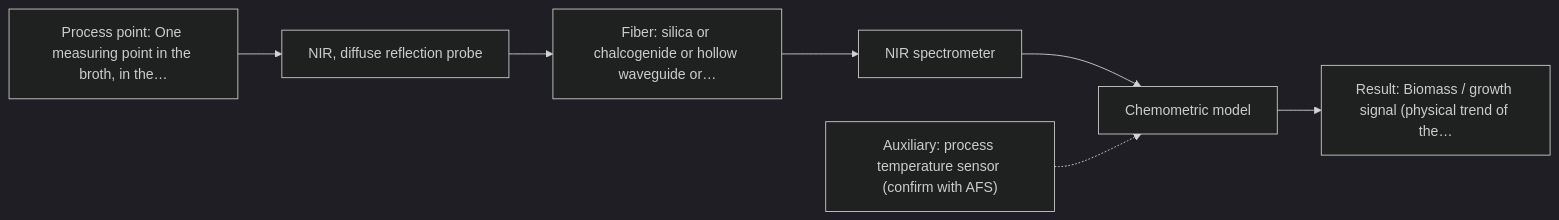
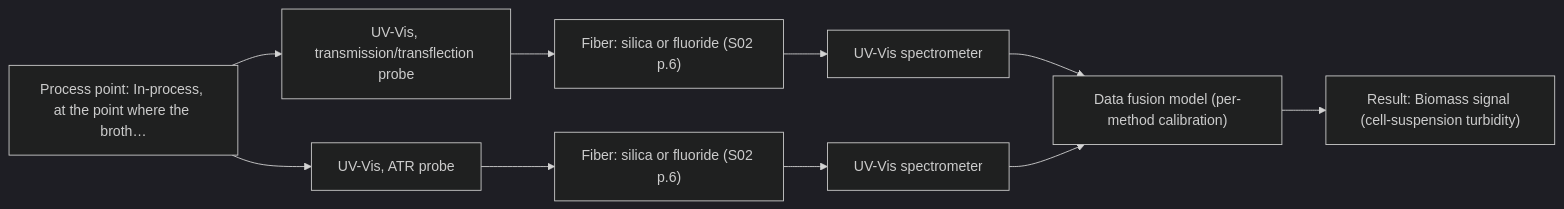
Before and after one commit to sleipnir029/Afs-Spectroscopy-Assistant: the first of 2 diagrams in outputs/dev/D05.md, drawn with Mermaid (dark theme). The commit also changed other lines of this file and 15 other files, not shown here.

Commit message:
3.R2 dev run outputs: 8/8 complete, 0 hard failures, 227/227 citations, 14/14 charts

````diff
--- a/outputs/dev/D05.md
+++ b/outputs/dev/D05.md
@@ -36,16 +36,21 @@
 ```mermaid
 flowchart LR
-    proc["Process point: One measuring point in the broth, in the…"]
-    probe1["NIR, diffuse reflection probe"]
-    fiber1["Fiber: silica or chalcogenide or hollow waveguide or…"]
-    spec1["NIR spectrometer"]
-    model["Chemometric model"]
-    result["Result: Biomass / growth signal (physical trend of the…"]
-    aux1["Auxiliary: process temperature sensor (confirm with AFS)"]
+    proc["Process point: In-process, at the point where the broth…"]
+    probe1["UV-Vis, transmission/transflection probe"]
+    fiber1["Fiber: silica or fluoride (S02 p.6)"]
+    spec1["UV-Vis spectrometer"]
+    probe2["UV-Vis, ATR probe"]
+    fiber2["Fiber: silica or fluoride (S02 p.6)"]
+    spec2["UV-Vis spectrometer"]
+    model["Data fusion model (per-method calibration)"]
+    result["Result: Biomass signal (cell-suspension turbidity)"]
     proc --> probe1
     probe1 --> fiber1
     fiber1 --> spec1
     spec1 --> model
+    proc --> probe2
+    probe2 --> fiber2
+    fiber2 --> spec2
+    spec2 --> model
     model --> result
-    aux1 -.-> model
 ```
````
